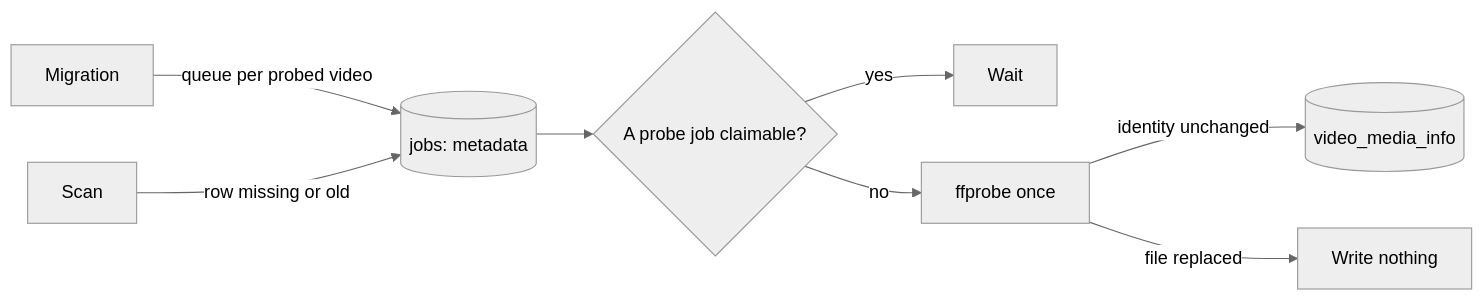
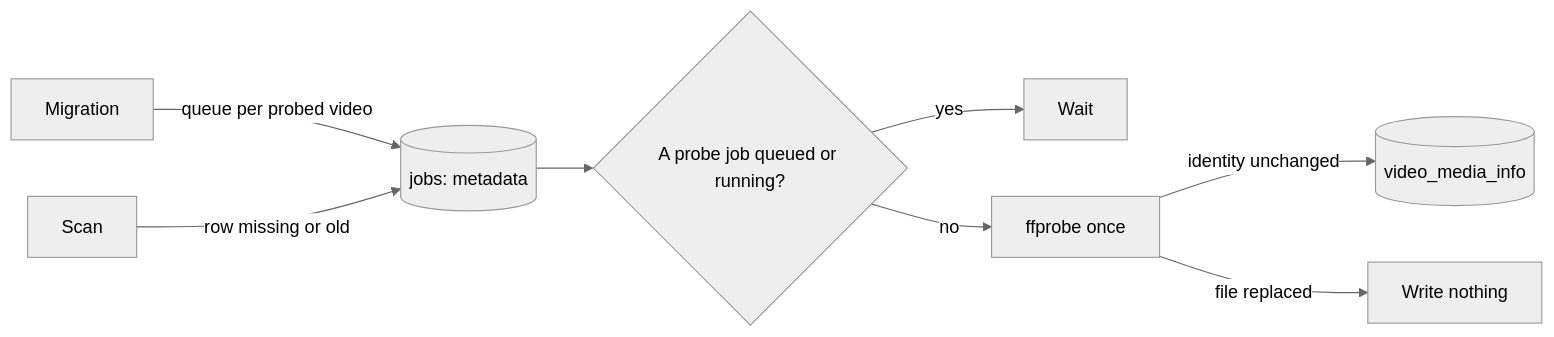
One commit to syudead/vv changed the third of 3 diagrams in specs/056-media-info/research.md. Above: the diagram before and after it, drawn with Mermaid (neutral theme). The commit also changed other lines of this file and 3 other files, not shown here.

````diff
--- a/specs/056-media-info/research.md
+++ b/specs/056-media-info/research.md
@@ -123,10 +156,10 @@
 ```mermaid
 flowchart LR
   mig[Migration] -->|queue per probed video| q[(jobs: metadata)]
   scan[Scan] -->|row missing or old| q
-  q --> claim{A probe job claimable?}
+  q --> claim{A probe job queued or running?}
   claim -->|yes| wait[Wait]
   claim -->|no| run[ffprobe once]
   run -->|identity unchanged| row[(video_media_info)]
   run -->|file replaced| drop[Write nothing]
 ```
````
